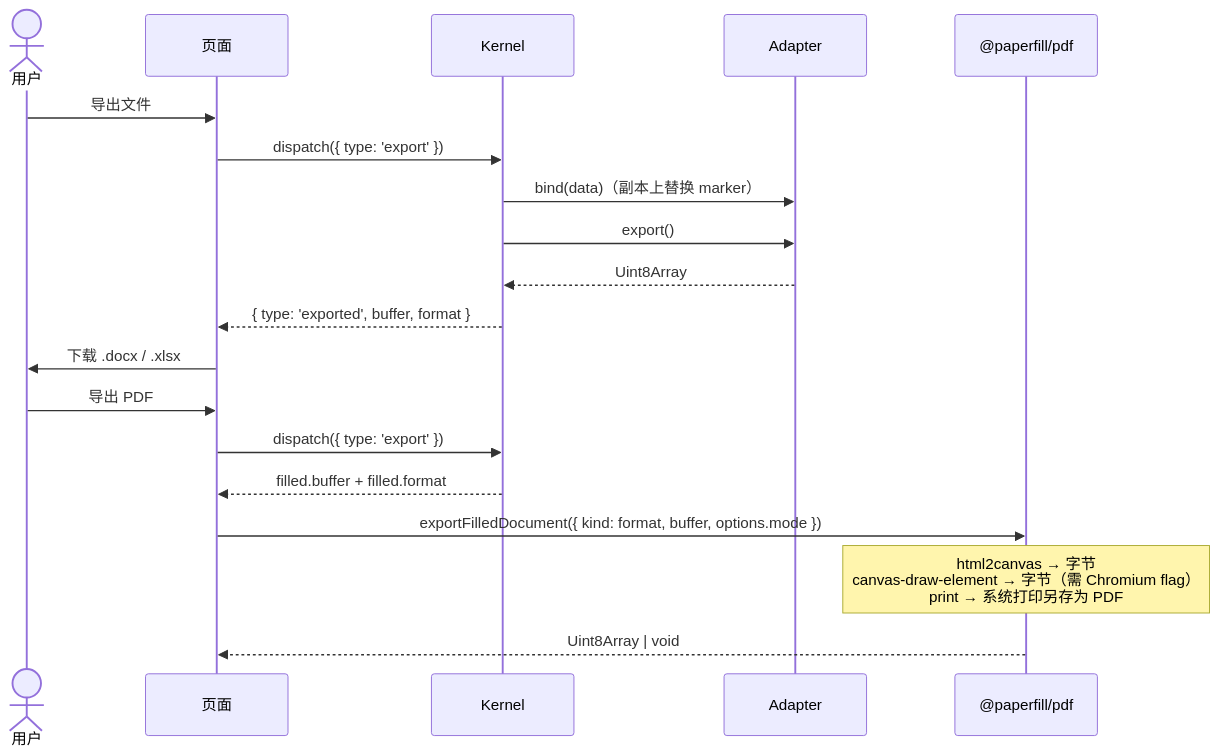
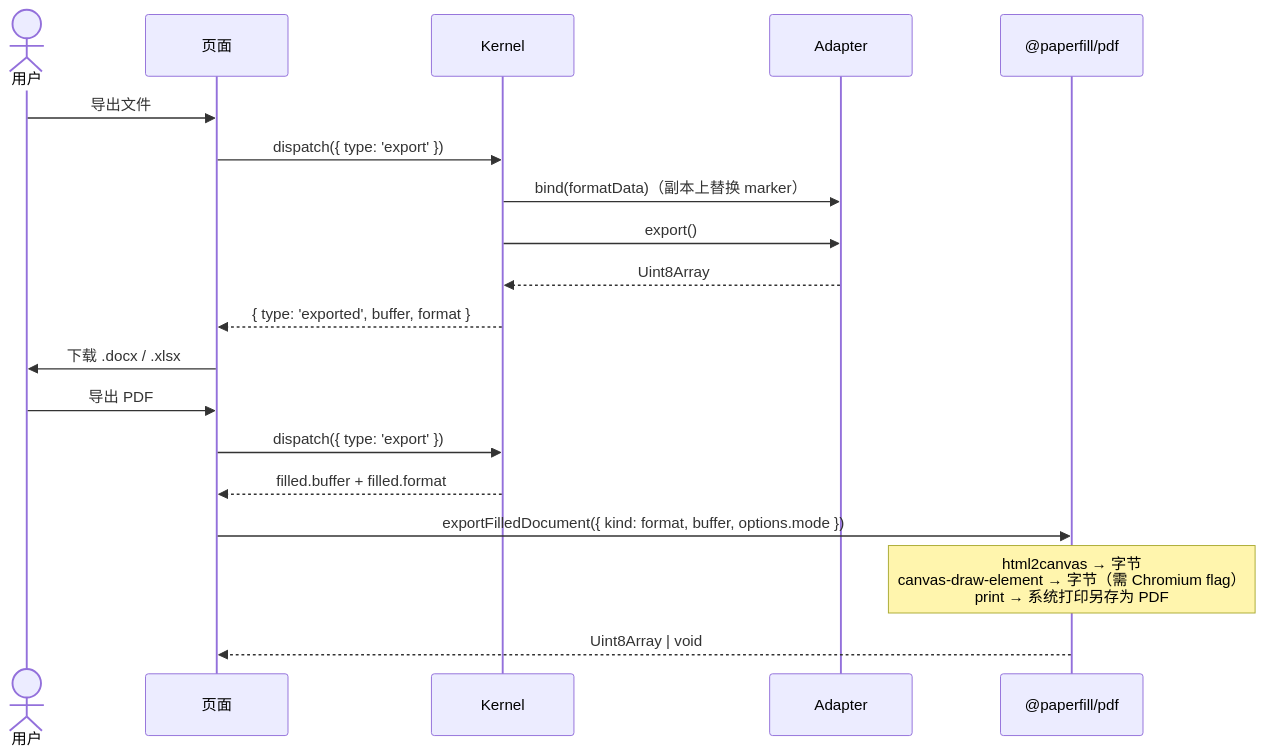
The fourth of 5 diagrams in docs/architecture.md (xxxxxuhb/contract-kit), drawn with Mermaid before and after one commit. The commit also changed other lines of this file and 19 other files, not shown here.

First line of the commit message:
Let definition own field type and export format, not the Word marker.

````diff
--- a/docs/architecture.md
+++ b/docs/architecture.md
@@ -208,23 +208,23 @@
 ```mermaid
 sequenceDiagram
   actor User as 用户
   participant Page as 页面
   participant K as Kernel
   participant A as Adapter
   participant Pdf as @paperfill/pdf
 
   User->>Page: 导出文件
   Page->>K: dispatch({ type: 'export' })
-  K->>A: bind(data)（副本上替换 marker）
+  K->>A: bind(formatData)（副本上替换 marker）
   K->>A: export()
   A-->>K: Uint8Array
   K-->>Page: { type: 'exported', buffer, format }
   Page->>User: 下载 .docx / .xlsx
 
   User->>Page: 导出 PDF
   Page->>K: dispatch({ type: 'export' })
   K-->>Page: filled.buffer + filled.format
   Page->>Pdf: exportFilledDocument({ kind: format, buffer, options.mode })
   Note over Pdf: html2canvas → 字节<br/>canvas-draw-element → 字节（需 Chromium flag）<br/>print → 系统打印另存为 PDF
   Pdf-->>Page: Uint8Array | void
 ```
````
